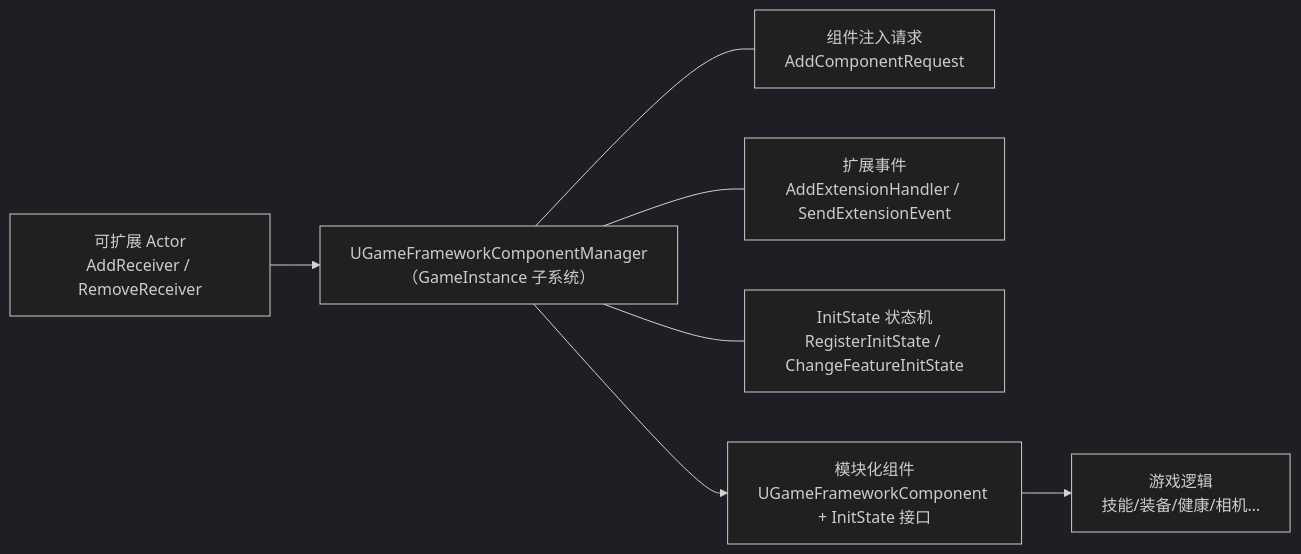
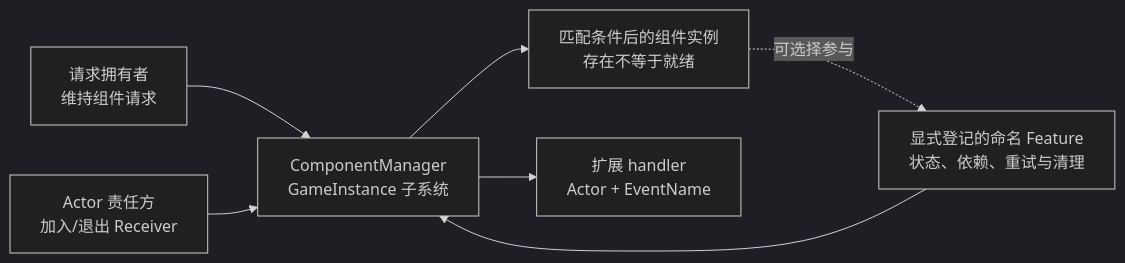
One commit to fantuan812/learning changed the first of 5 diagrams in 知识/05-Gameplay与交互系统/玩法架构与任务协作/08-ModularGameplay模块化玩法.md. Above: the diagram before and after it, drawn with Mermaid (dark theme). The commit also changed other lines of this file and 2 other files, not shown here.

````diff
--- a/知识/05-Gameplay与交互系统/玩法架构与任务协作/08-ModularGameplay模块化玩法.md
+++ b/知识/05-Gameplay与交互系统/玩法架构与任务协作/08-ModularGameplay模块化玩法.md
@@ -35,17 +41,15 @@
 ```mermaid
 flowchart LR
-    GM["UGameFrameworkComponentManager<br/>（GameInstance 子系统）"]
-    REQ["组件注入请求<br/>AddComponentRequest"]
-    EVT["扩展事件<br/>AddExtensionHandler / SendExtensionEvent"]
-    IS["InitState 状态机<br/>RegisterInitState / ChangeFeatureInitState"]
-    ACTOR["可扩展 Actor<br/>AddReceiver / RemoveReceiver"]
-    COMP["模块化组件<br/>UGameFrameworkComponent + InitState 接口"]
-    GAME["游戏逻辑<br/>技能/装备/健康/相机…"]
-
-    GM --- REQ
-    GM --- EVT
-    GM --- IS
+    GM["ComponentManager<br/>GameInstance 子系统"]
+    OWNER["请求拥有者<br/>维持组件请求"]
+    ACTOR["Actor 责任方<br/>加入/退出 Receiver"]
+    COMP["匹配条件后的组件实例<br/>存在不等于就绪"]
+    EVT["扩展 handler<br/>Actor + EventName"]
+    FEATURE["显式登记的命名 Feature<br/>状态、依赖、重试与清理"]
+    OWNER --> GM
     ACTOR --> GM
     GM --> COMP
-    COMP --> GAME
+    GM --> EVT
+    COMP -. "可选择参与" .-> FEATURE
+    FEATURE --> GM
 ```
````
